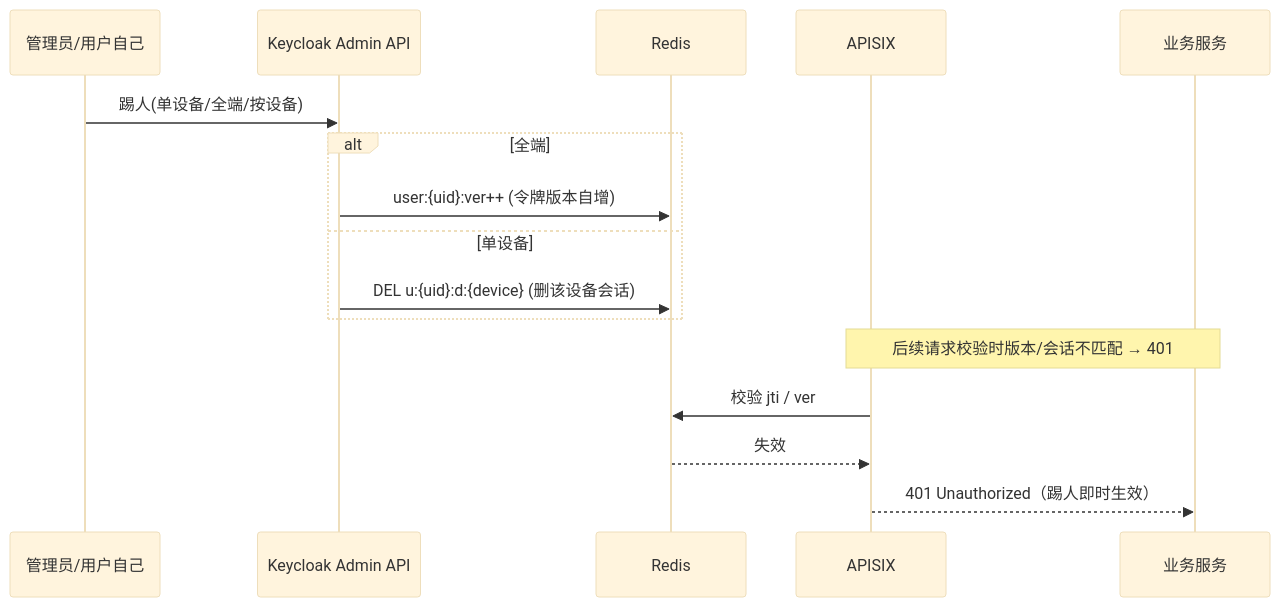
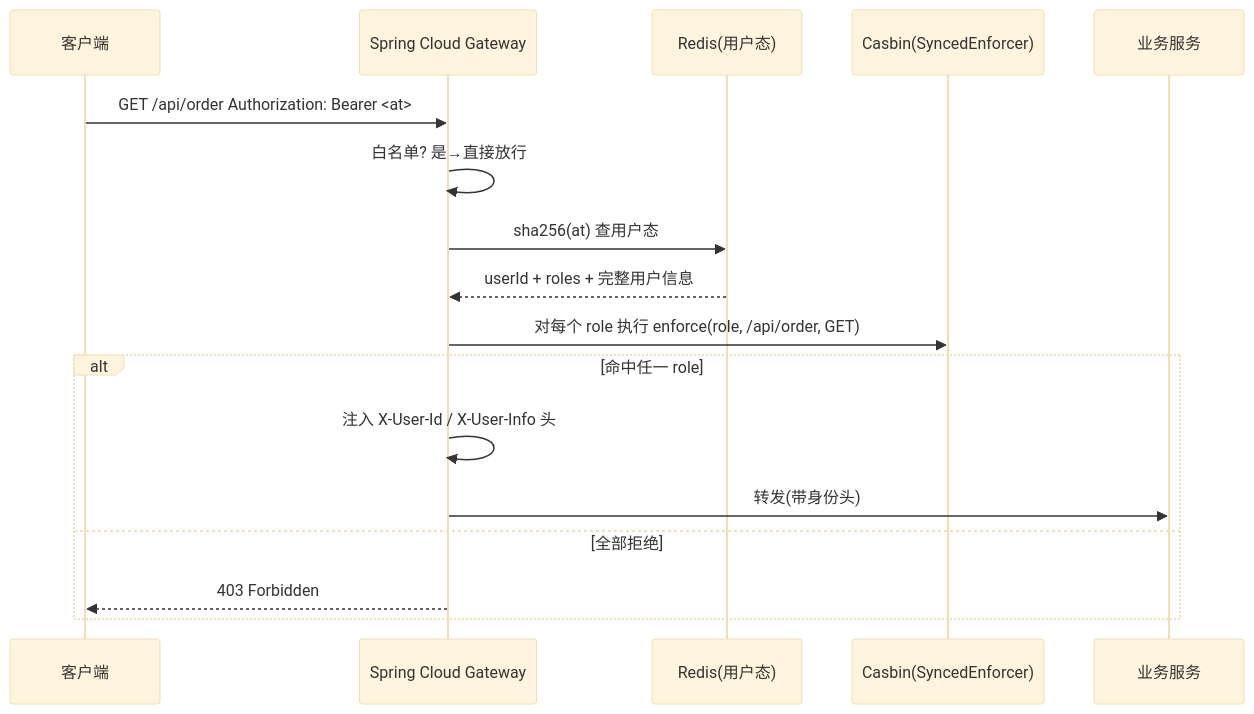
Before and after one commit to BigbearO/my-biz: the fourth of 5 diagrams in java/xxs-micro/doc/架构.md, drawn with Mermaid (base theme). The commit also changed other lines of this file and 5 other files, not shown here.

````diff
--- a/java/xxs-micro/doc/架构.md
+++ b/java/xxs-micro/doc/架构.md
@@ -208,18 +368,19 @@
 ```mermaid
 sequenceDiagram
-    participant Admin as 管理员/用户自己
-    participant KC as Keycloak Admin API
-    participant R as Redis
-    participant GW as APISIX
+    participant C as 客户端
+    participant GW as Spring Cloud Gateway
+    participant R as Redis(用户态)
+    participant CB as Casbin(SyncedEnforcer)
     participant Svc as 业务服务
-    Admin->>KC: 踢人(单设备/全端/按设备)
-    alt 全端
-        KC->>R: user:{uid}:ver++ (令牌版本自增)
-    else 单设备
-        KC->>R: DEL u:{uid}:d:{device} (删该设备会话)
+    C->>GW: GET /api/order  Authorization: Bearer <at>
+    GW->>GW: 白名单? 是→直接放行
+    GW->>R: sha256(at) 查用户态
+    R-->>GW: userId + roles + 完整用户信息
+    GW->>CB: 对每个 role 执行 enforce(role, /api/order, GET)
+    alt 命中任一 role
+        GW->>GW: 注入 X-User-Id / X-User-Info 头
+        GW->>Svc: 转发(带身份头)
+    else 全部拒绝
+        GW-->>C: 403 Forbidden
     end
-    Note over GW,Svc: 后续请求校验时版本/会话不匹配 → 401
-    GW->>R: 校验 jti / ver
-    R-->>GW: 失效
-    GW-->>Svc: 401 Unauthorized（踢人即时生效）
 ```
````
